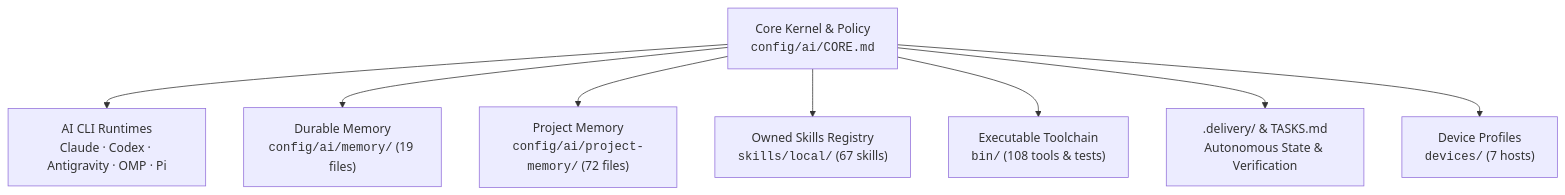
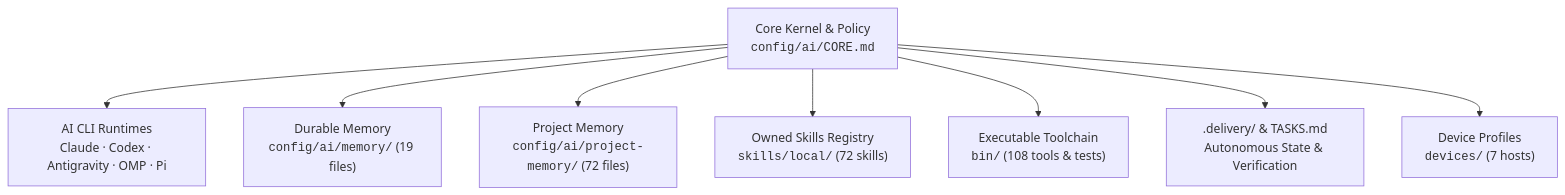
Before and after one commit to ongkipro/dotfiles: the diagram in docs/DOTFILES_SITEMAP.md, drawn with Mermaid. The commit also changed other lines of this file and 293 other files, not shown here.

````diff
--- a/docs/DOTFILES_SITEMAP.md
+++ b/docs/DOTFILES_SITEMAP.md
@@ -12,10 +12,10 @@
 ```mermaid
 graph TD
     Kernel["Core Kernel & Policy<br/><code>config/ai/CORE.md</code>"] --> Runtimes["AI CLI Runtimes<br/>Claude · Codex · Antigravity · OMP · Pi"]
     Kernel --> Memory["Durable Memory<br/><code>config/ai/memory/</code> (19 files)"]
     Kernel --> ProjectMemory["Project Memory<br/><code>config/ai/project-memory/</code> (72 files)"]
-    Kernel --> Skills["Owned Skills Registry<br/><code>skills/local/</code> (67 skills)"]
+    Kernel --> Skills["Owned Skills Registry<br/><code>skills/local/</code> (72 skills)"]
     Kernel --> Bin["Executable Toolchain<br/><code>bin/</code> (108 tools & tests)"]
     Kernel --> Ledger[".delivery/ & TASKS.md<br/>Autonomous State & Verification"]
     Kernel --> Devices["Device Profiles<br/><code>devices/</code> (7 hosts)"]
 ```
````
